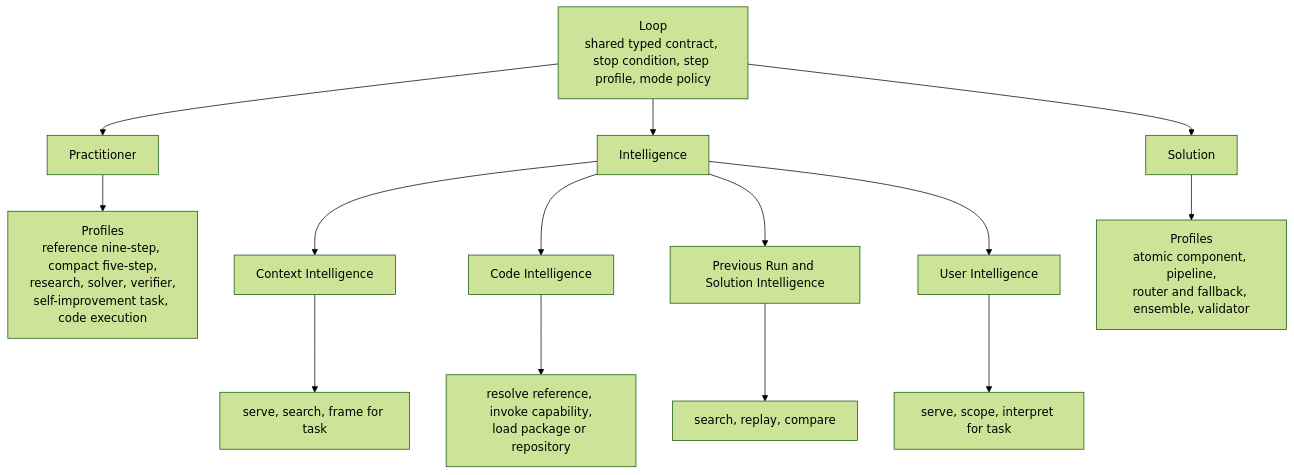
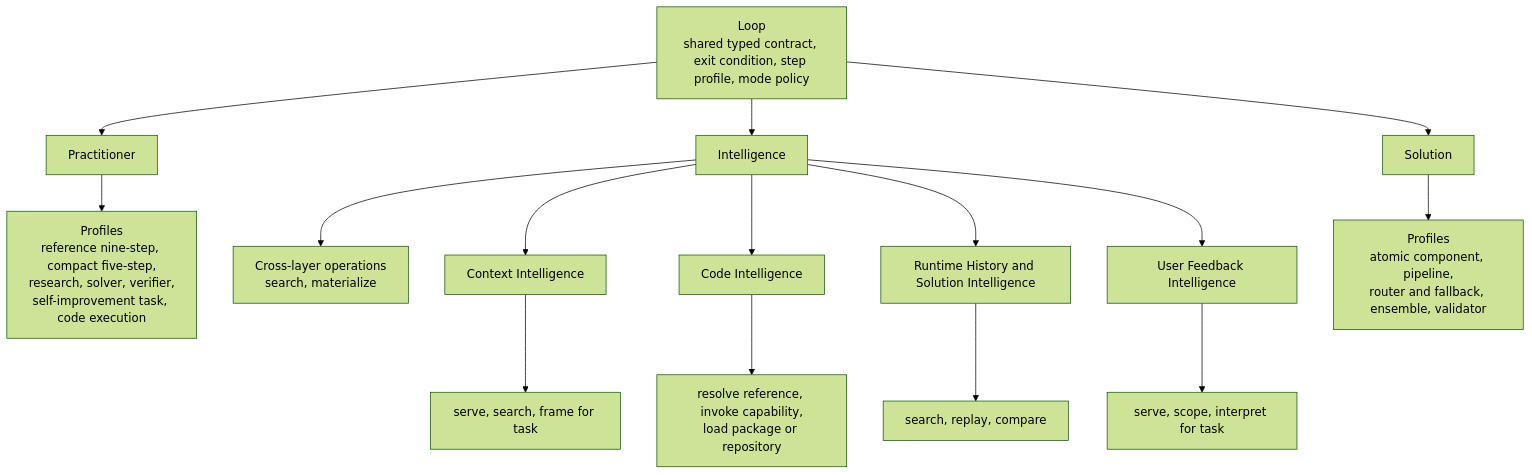
One commit to alisonjieli-png/loop-engine changed the diagram in docs/components/loop-object/LOOP-PROFILE-ONTOLOGY.md. Above: the diagram before and after it, drawn with Mermaid (forest theme). The commit also changed other lines of this file and 448 other files, not shown here.

Commit message:
checkpoint: consolidate Loop Engine architecture and evidence

````diff
--- a/docs/components/loop-object/LOOP-PROFILE-ONTOLOGY.md
+++ b/docs/components/loop-object/LOOP-PROFILE-ONTOLOGY.md
@@ -18,22 +57,23 @@
 ```mermaid
 flowchart TD
-    L["Loop\nshared typed contract, stop condition, step profile, mode policy"]
+    L["Loop\nshared typed contract, exit condition, step profile, mode policy"]
 
     L --> P["Practitioner"]
     L --> I["Intelligence"]
     L --> S["Solution"]
 
     P --> PP["Profiles\nreference nine-step, compact five-step,\nresearch, solver, verifier,\nself-improvement task, code execution"]
 
+    I --> IO["Cross-layer operations\nsearch, materialize"]
     I --> IC["Context Intelligence"]
     I --> IX["Code Intelligence"]
-    I --> IH["Previous Run and Solution Intelligence"]
-    I --> IU["User Intelligence"]
+    I --> IH["Runtime History and Solution Intelligence"]
+    I --> IU["User Feedback Intelligence"]
 
     IC --> ICP["serve, search, frame for task"]
     IX --> IXP["resolve reference, invoke capability,\nload package or repository"]
     IH --> IHP["search, replay, compare"]
     IU --> IUP["serve, scope, interpret for task"]
 
     S --> SP["Profiles\natomic component, pipeline,\nrouter and fallback, ensemble, validator"]
 ```
````
